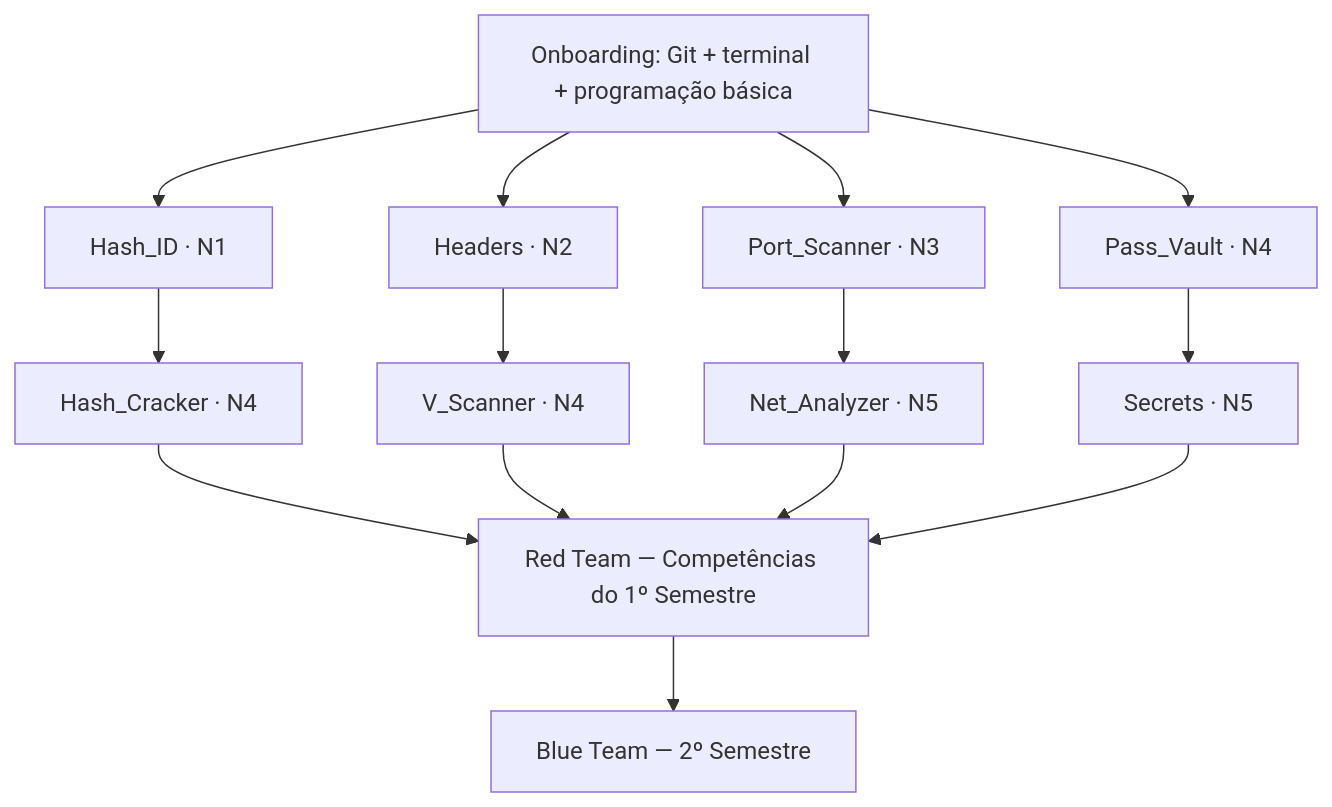
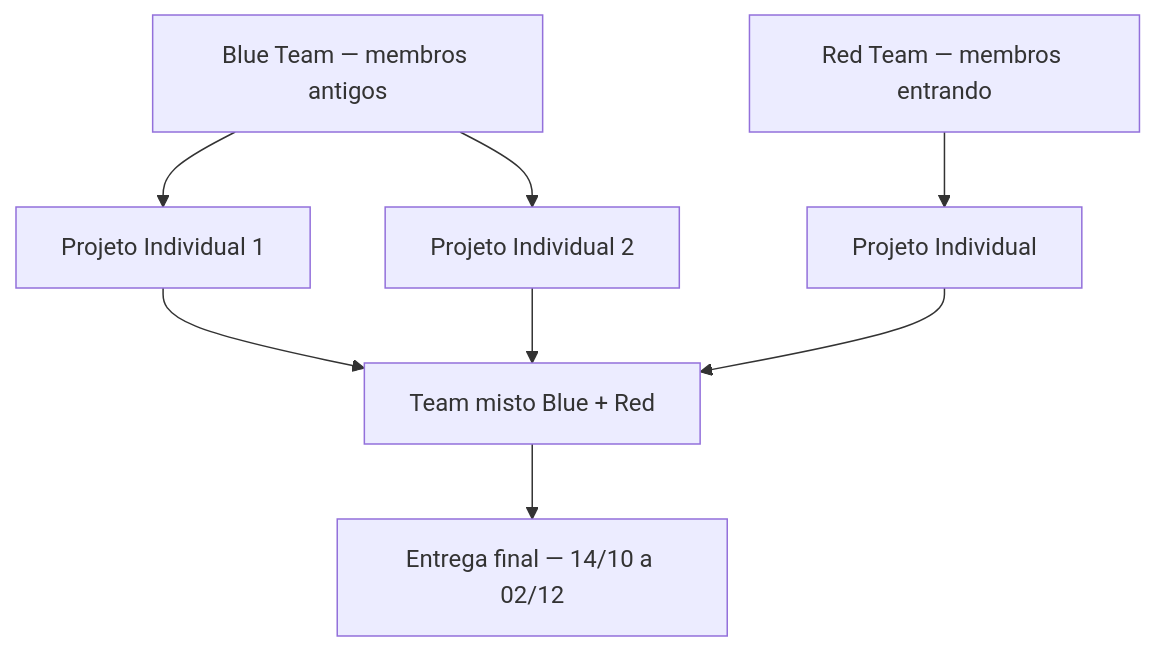
Before and after one commit to gitinspersec/Projetos: the diagram in README.md, drawn with Mermaid. The commit also changed other lines of this file and 301 other files, not shown here.

````diff
--- a/README.md
+++ b/README.md
@@ -49,18 +51,14 @@
 ```mermaid
 flowchart TD
-    F[Onboarding: Git + terminal + programação básica]
+    A[Blue Team — membros antigos] --> B[Projeto Individual 1]
+    A --> C[Projeto Individual 2]
+    T[Team misto Blue + Red]
 
-    F --> H1[Hash_ID · N1]
-    F --> W1[Headers · N2]
-    F --> N1[Port_Scanner · N3]
-    F --> C1[Pass_Vault · N4]
+    R[Red Team — membros entrando] --> D[Projeto Individual]
 
-    H1 --> H2[Hash_Cracker · N4]
-    W1 --> V1[V_Scanner · N4]
-    N1 --> N2[Net_Analyzer · N5]
-    C1 --> S1[Secrets · N5]
+    B --> T
+    C --> T
+    D --> T
 
-    H2 & V1 & N2 & S1 --> R[Red Team — Competências do 1º Semestre]
-
-    R --> B[Blue Team — 2º Semestre]
+    T --> E[Entrega final — 14/10 a 02/12]
 ```
````
